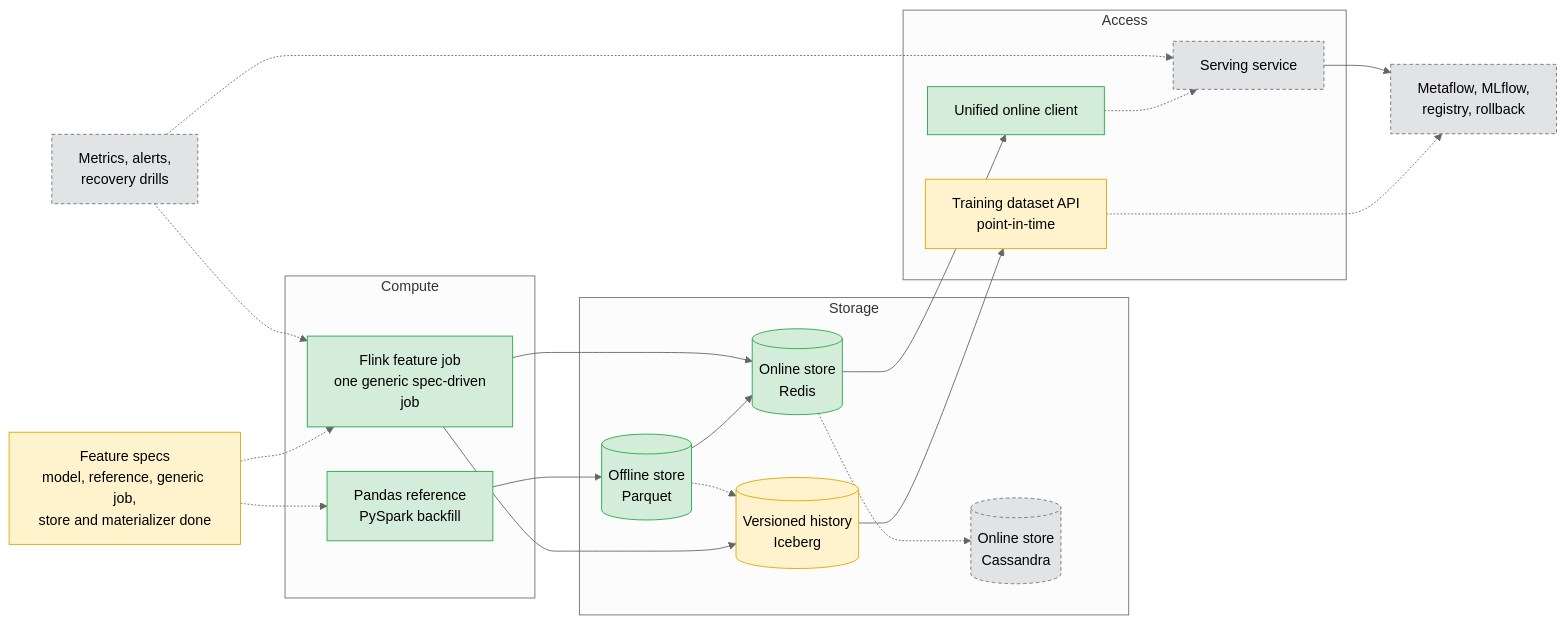
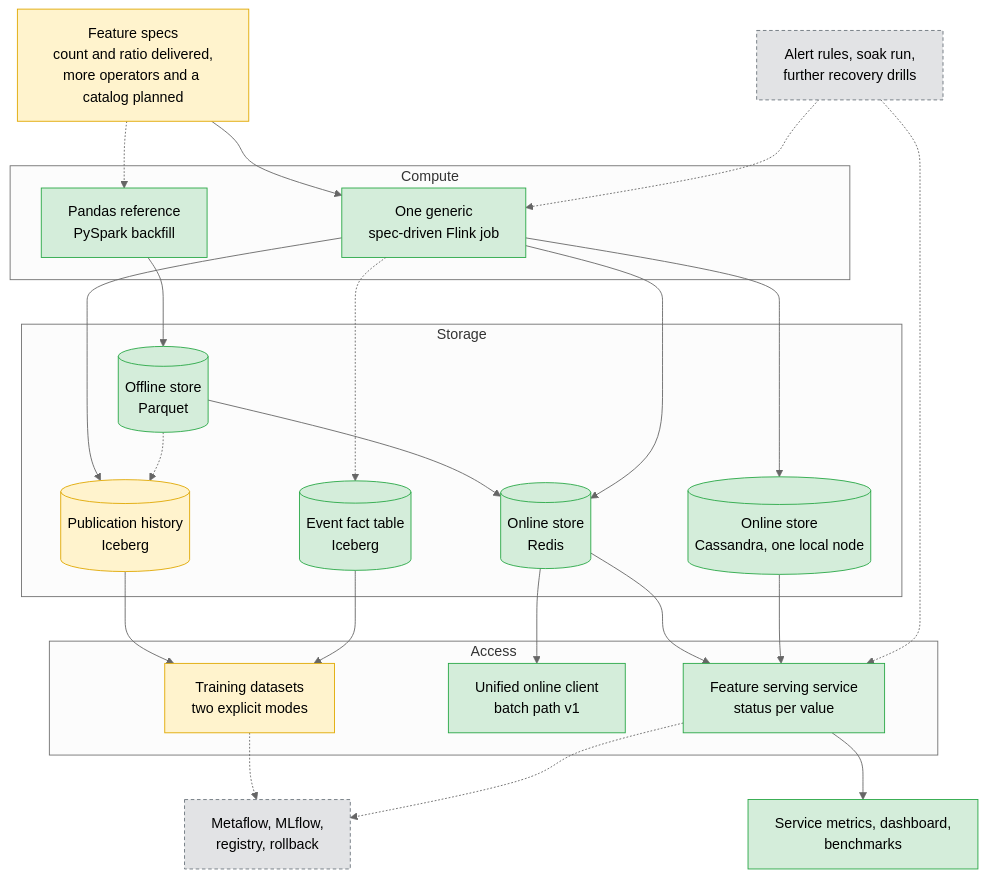
The first of 4 diagrams in docs/PLATFORM_BLUEPRINT.md (oster-dev/featureforge), drawn with Mermaid (neutral theme) before and after one commit. The commit also changed other lines of this file and 20 other files, not shown here.

````diff
--- a/docs/PLATFORM_BLUEPRINT.md
+++ b/docs/PLATFORM_BLUEPRINT.md
@@ -47,40 +60,46 @@
 ```mermaid
-flowchart LR
-    SPEC["Feature specs<br/>model, reference, generic job,<br/>store and materializer done"]:::wip
+flowchart TB
+    SPEC["Feature specs<br/>count and ratio delivered,<br/>more operators and a catalog planned"]:::wip
 
     subgraph Compute
-        BATCH[Pandas reference<br/>PySpark backfill]:::done
-        STREAM[Flink feature job<br/>one generic spec-driven<br/>job]:::done
+        BATCH["Pandas reference<br/>PySpark backfill"]:::done
+        STREAM["One generic<br/>spec-driven Flink job"]:::done
     end
 
     subgraph Storage
-        OFF[(Offline store<br/>Parquet)]:::done
-        HIST[(Versioned history<br/>Iceberg)]:::wip
-        ON[(Online store<br/>Redis)]:::done
-        ON2[(Online store<br/>Cassandra)]:::plan
+        OFF[("Offline store<br/>Parquet")]:::done
+        ON[("Online store<br/>Redis")]:::done
+        ON2[("Online store<br/>Cassandra, one local node")]:::done
+        HIST[("Publication history<br/>Iceberg")]:::wip
+        FACTS[("Event fact table<br/>Iceberg")]:::done
     end
 
     subgraph Access
-        CLIENT[Unified online client]:::done
-        DATASET[Training dataset API<br/>point-in-time]:::wip
-        SERVICE[Serving service]:::plan
+        SERVICE["Feature serving service<br/>status per value"]:::done
+        CLIENT["Unified online client<br/>batch path v1"]:::done
+        DATASET["Training datasets<br/>two explicit modes"]:::wip
     end
 
-    ML[Metaflow, MLflow,<br/>registry, rollback]:::plan
-    OBS[Metrics, alerts,<br/>recovery drills]:::plan
+    OBS1["Service metrics, dashboard,<br/>benchmarks"]:::done
+    OBS2["Alert rules, soak run,<br/>further recovery drills"]:::plan
+    ML["Metaflow, MLflow,<br/>registry, rollback"]:::plan
 
-    SPEC -.-> BATCH & STREAM
+    SPEC --> STREAM
+    SPEC -.-> BATCH
     BATCH --> OFF --> ON
-    STREAM --> ON
+    STREAM --> ON & ON2
     STREAM --> HIST
+    STREAM -.-> FACTS
     OFF -.-> HIST
+    ON & ON2 --> SERVICE
     ON --> CLIENT
-    ON -.-> ON2
-    HIST --> DATASET -.-> ML
-    CLIENT -.-> SERVICE --> ML
-    OBS -.-> STREAM & SERVICE
+    HIST & FACTS --> DATASET
+    DATASET -.-> ML
+    SERVICE -.-> ML
+    SERVICE --> OBS1
+    OBS2 -.-> STREAM & SERVICE
 
     classDef done fill:#d4edda,stroke:#28a745,color:#000
     classDef wip fill:#fff3cd,stroke:#e0a800,color:#000
     classDef plan fill:#e2e3e5,stroke:#6c757d,color:#000,stroke-dasharray: 4 3
 ```
````
